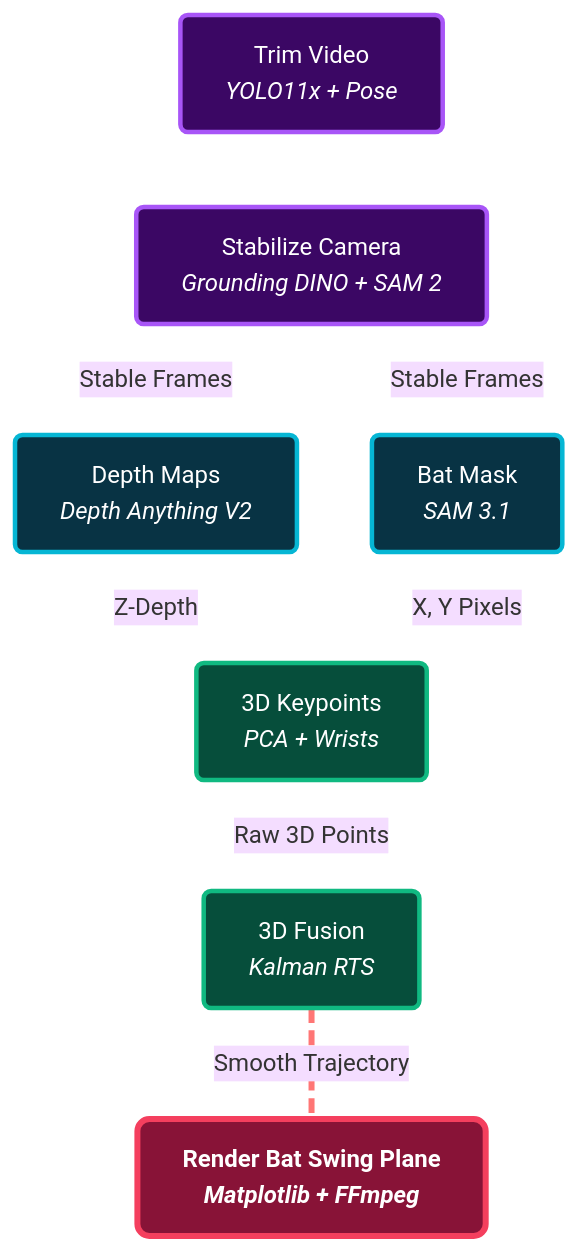
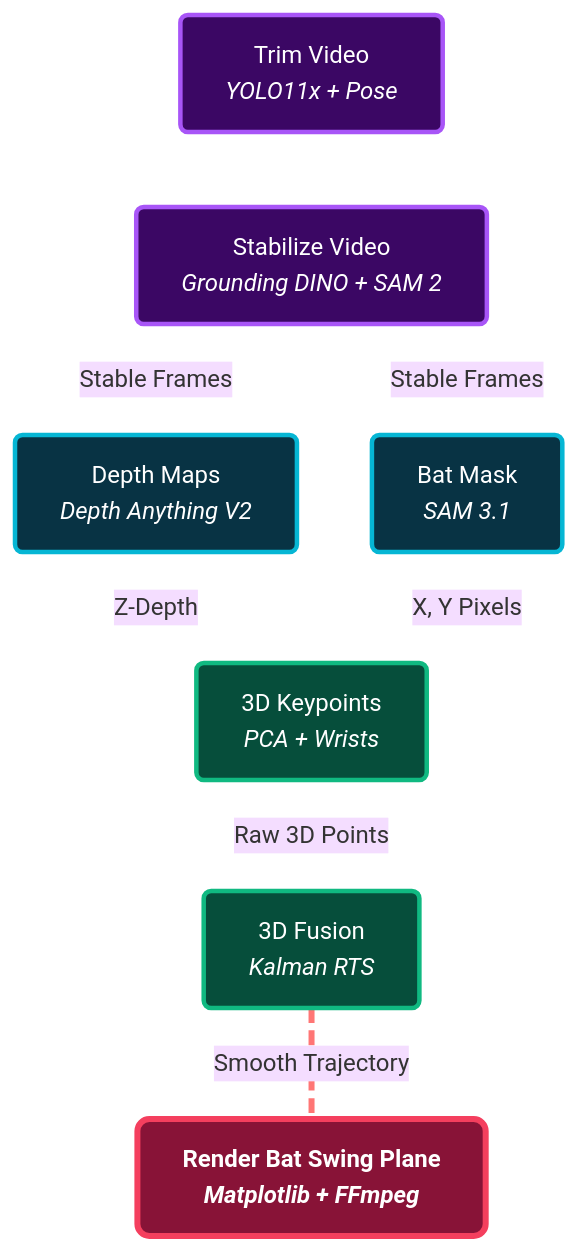
Before and after one commit to adnanmsk/blog_privew: the fifth of 5 diagrams in pipeline_diagrams.md, drawn with Mermaid (base theme).

Commit message:
Change 'Stabilize Camera' to 'Stabilize Video' in Option 5

````diff
--- a/pipeline_diagrams.md
+++ b/pipeline_diagrams.md
@@ -150,24 +150,24 @@
 ```mermaid
 graph TD
     %% Custom Premium Styles
     classDef prep fill:#3b0764,stroke:#a855f7,color:#fff,stroke-width:3px,rx:5px,ry:5px;
     classDef infer fill:#083344,stroke:#06b6d4,color:#fff,stroke-width:3px,rx:5px,ry:5px;
     classDef phys fill:#064e3b,stroke:#10b981,color:#fff,stroke-width:3px,rx:5px,ry:5px;
     classDef out fill:#881337,stroke:#f43f5e,color:#fff,stroke-width:4px,rx:8px,ry:8px,font-weight:bold;
 
-    T["Trim Video<br><i>YOLO11x + Pose</i>"]:::prep --> S["Stabilize Camera<br><i>Grounding DINO + SAM 2</i>"]:::prep
+    T["Trim Video<br><i>YOLO11x + Pose</i>"]:::prep --> S["Stabilize Video<br><i>Grounding DINO + SAM 2</i>"]:::prep
     
     S -- "Stable Frames" --> D["Depth Maps<br><i>Depth Anything V2</i>"]:::infer
     S -- "Stable Frames" --> Seg["Bat Mask<br><i>SAM 3.1</i>"]:::infer
     
     D -- "Z-Depth" --> K["3D Keypoints<br><i>PCA + Wrists</i>"]:::phys
     Seg -- "X, Y Pixels" --> K
     
     K -- "Raw 3D Points" --> F["3D Fusion<br><i>Kalman RTS</i>"]:::phys
     
     F == "Smooth Trajectory" === R["Render Bat Swing Plane<br><i>Matplotlib + FFmpeg</i>"]:::out
 
     %% Animation like Option 3
     linkStyle 0,1,2,3,4,5 stroke:#fff,stroke-width:2px,stroke-dasharray: 8 4;
     linkStyle 6 stroke:#ff7675,stroke-width:4px,stroke-dasharray: 10 5;
 ```
````
